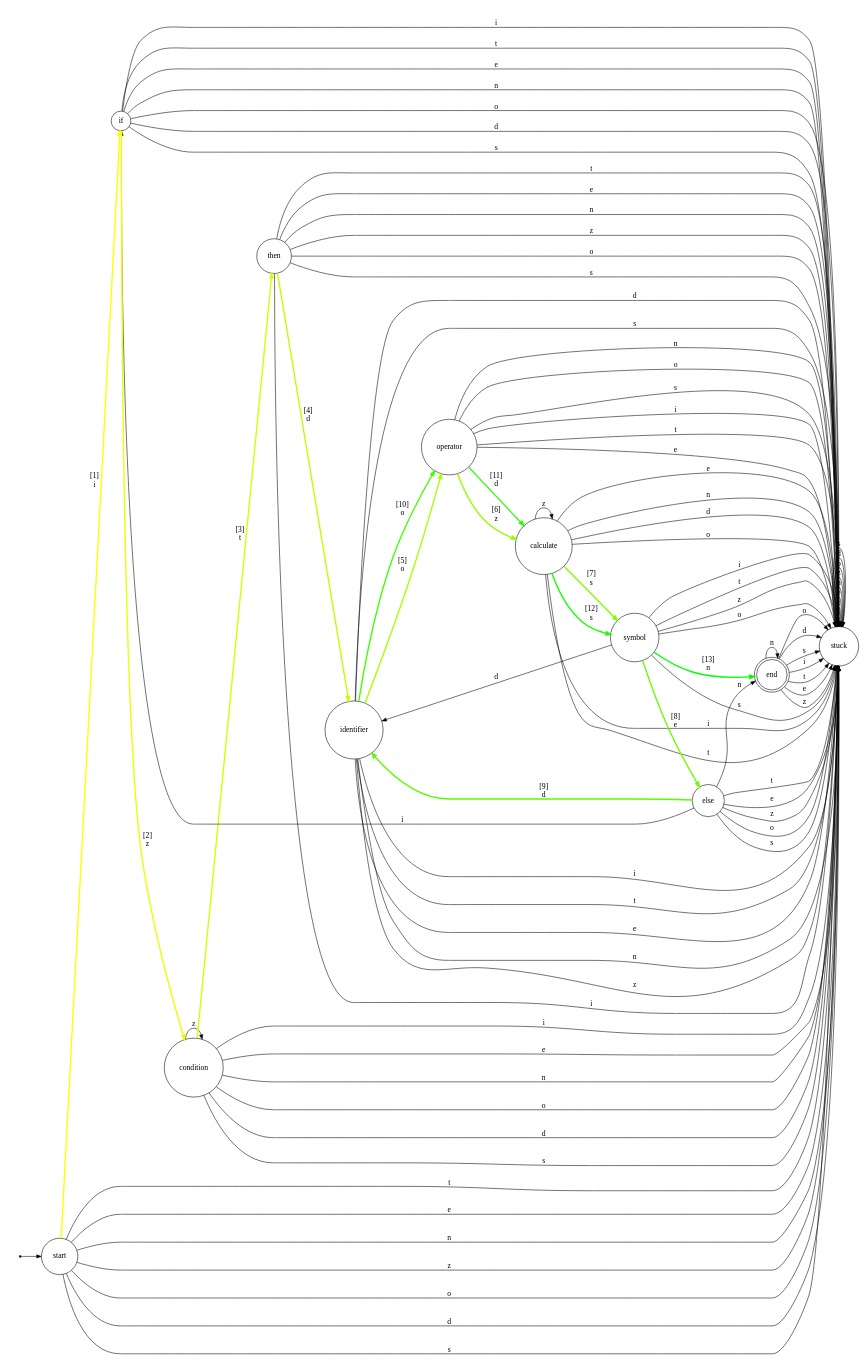
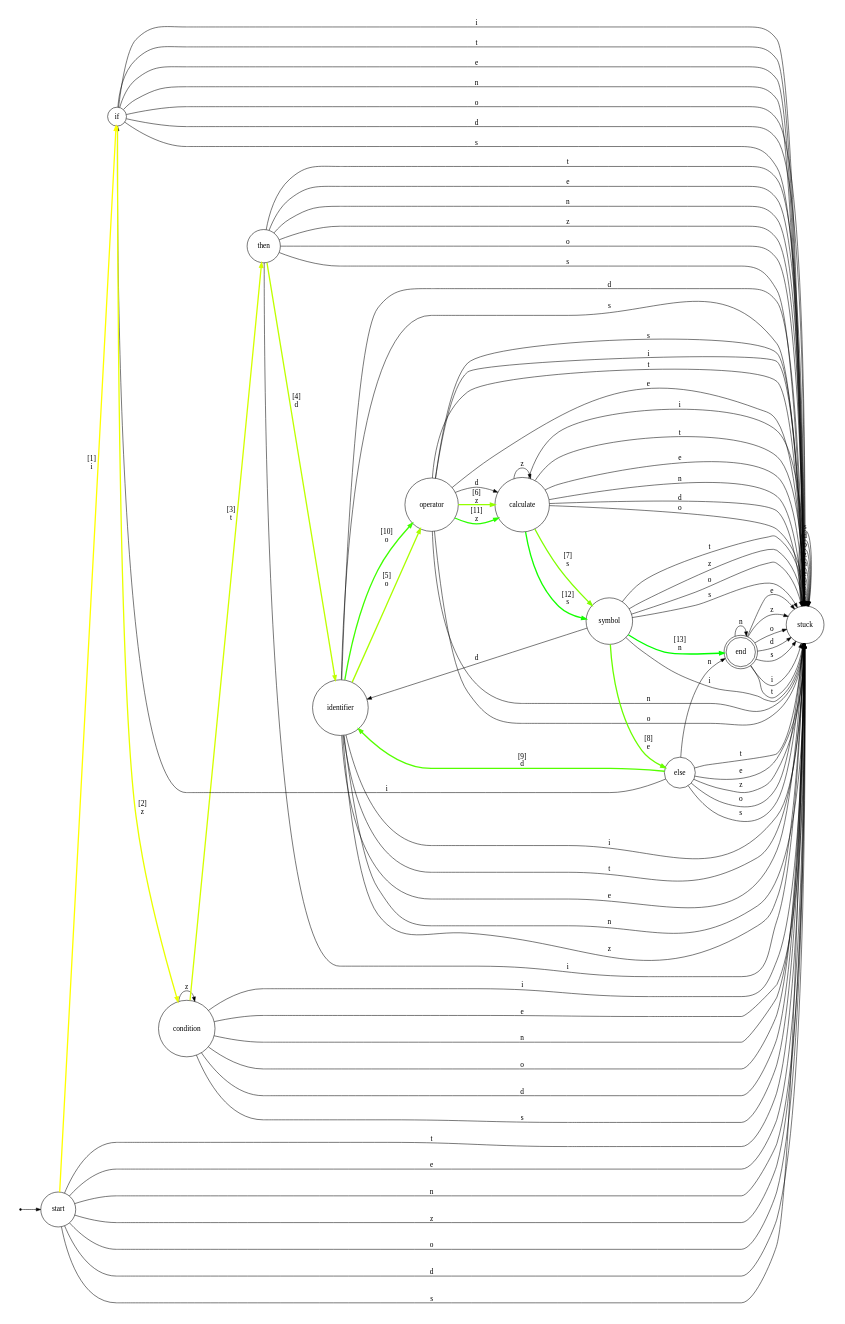
One commit to MohamadAbdelmoniem/Compiler-Spring-2022 changed the diagram in Source/Code/Digraph.gv. Above: the diagram before and after it, drawn with Graphviz. The commit also changed 2 other files, not shown here.

```diff
--- a/Source/Code/Digraph.gv
+++ b/Source/Code/Digraph.gv
@@ -1,120 +1,121 @@
 digraph {
 	ranksep=0.5 size="8, 8"
 	rankdir=LR
 	Initial [label="" fontsize=14.0 shape=point]
 	calculate [fontsize=14.0 shape=circle]
 	condition [fontsize=14.0 shape=circle]
 	else [fontsize=14.0 shape=circle]
 	end [fontsize=14.0 shape=doublecircle]
 	identifier [fontsize=14.0 shape=circle]
 	if [fontsize=14.0 shape=circle]
 	operator [fontsize=14.0 shape=circle]
 	start [fontsize=14.0 shape=circle]
 	stuck [fontsize=14.0 shape=circle]
 	symbol [fontsize=14.0 shape=circle]
 	then [fontsize=14.0 shape=circle]
 	Initial -> start [arrowsize=0.85]
 	start -> if [label=" [1]
 i " arrowsize=0.85 color="#ffff00" fontsize=14.0 penwidth=2.5]
 	if -> condition [label=" [2]
 z " arrowsize=0.85 color="#eaff00" fontsize=14.0 penwidth=2.5]
 	condition -> then [label=" [3]
 t " arrowsize=0.85 color="#d5ff00" fontsize=14.0 penwidth=2.5]
 	then -> identifier [label=" [4]
 d " arrowsize=0.85 color="#bfff00" fontsize=14.0 penwidth=2.5]
 	identifier -> operator [label=" [5]
 o " arrowsize=0.85 color="#aaff00" fontsize=14.0 penwidth=2.5]
 	operator -> calculate [label=" [6]
 z " arrowsize=0.85 color="#95ff00" fontsize=14.0 penwidth=2.5]
 	calculate -> symbol [label=" [7]
 s " arrowsize=0.85 color="#80ff00" fontsize=14.0 penwidth=2.5]
 	symbol -> else [label=" [8]
 e " arrowsize=0.85 color="#6aff00" fontsize=14.0 penwidth=2.5]
 	else -> identifier [label=" [9]
 d " arrowsize=0.85 color="#55ff00" fontsize=14.0 penwidth=2.5]
 	identifier -> operator [label=" [10]
 o " arrowsize=0.85 color="#40ff00" fontsize=14.0 penwidth=2.5]
 	operator -> calculate [label=" [11]
-d " arrowsize=0.85 color="#2bff00" fontsize=14.0 penwidth=2.5]
+z " arrowsize=0.85 color="#2bff00" fontsize=14.0 penwidth=2.5]
 	calculate -> symbol [label=" [12]
 s " arrowsize=0.85 color="#15ff00" fontsize=14.0 penwidth=2.5]
 	symbol -> end [label=" [13]
 n " arrowsize=0.85 color="#00ff00" fontsize=14.0 penwidth=2.5]
 	start -> stuck [label=" t " arrowsize=0.85 fontsize=14.0]
 	start -> stuck [label=" e " arrowsize=0.85 fontsize=14.0]
 	start -> stuck [label=" n " arrowsize=0.85 fontsize=14.0]
 	start -> stuck [label=" z " arrowsize=0.85 fontsize=14.0]
 	start -> stuck [label=" o " arrowsize=0.85 fontsize=14.0]
 	start -> stuck [label=" d " arrowsize=0.85 fontsize=14.0]
 	start -> stuck [label=" s " arrowsize=0.85 fontsize=14.0]
 	if -> stuck [label=" i " arrowsize=0.85 fontsize=14.0]
 	if -> stuck [label=" t " arrowsize=0.85 fontsize=14.0]
 	if -> stuck [label=" e " arrowsize=0.85 fontsize=14.0]
 	if -> stuck [label=" n " arrowsize=0.85 fontsize=14.0]
 	if -> stuck [label=" o " arrowsize=0.85 fontsize=14.0]
 	if -> stuck [label=" d " arrowsize=0.85 fontsize=14.0]
 	if -> stuck [label=" s " arrowsize=0.85 fontsize=14.0]
 	then -> stuck [label=" i " arrowsize=0.85 fontsize=14.0]
 	then -> stuck [label=" t " arrowsize=0.85 fontsize=14.0]
 	then -> stuck [label=" e " arrowsize=0.85 fontsize=14.0]
 	then -> stuck [label=" n " arrowsize=0.85 fontsize=14.0]
 	then -> stuck [label=" z " arrowsize=0.85 fontsize=14.0]
 	then -> stuck [label=" o " arrowsize=0.85 fontsize=14.0]
 	then -> stuck [label=" s " arrowsize=0.85 fontsize=14.0]
 	else -> if [label=" i " arrowsize=0.85 fontsize=14.0]
 	else -> stuck [label=" t " arrowsize=0.85 fontsize=14.0]
 	else -> stuck [label=" e " arrowsize=0.85 fontsize=14.0]
 	else -> end [label=" n " arrowsize=0.85 fontsize=14.0]
 	else -> stuck [label=" z " arrowsize=0.85 fontsize=14.0]
 	else -> stuck [label=" o " arrowsize=0.85 fontsize=14.0]
 	else -> stuck [label=" s " arrowsize=0.85 fontsize=14.0]
 	end -> stuck [label=" i " arrowsize=0.85 fontsize=14.0]
 	end -> stuck [label=" t " arrowsize=0.85 fontsize=14.0]
 	end -> stuck [label=" e " arrowsize=0.85 fontsize=14.0]
 	end -> end [label=" n " arrowsize=0.85 fontsize=14.0]
 	end -> stuck [label=" z " arrowsize=0.85 fontsize=14.0]
 	end -> stuck [label=" o " arrowsize=0.85 fontsize=14.0]
 	end -> stuck [label=" d " arrowsize=0.85 fontsize=14.0]
 	end -> stuck [label=" s " arrowsize=0.85 fontsize=14.0]
 	stuck -> stuck [label=" i " arrowsize=0.85 fontsize=14.0]
 	stuck -> stuck [label=" t " arrowsize=0.85 fontsize=14.0]
 	stuck -> stuck [label=" e " arrowsize=0.85 fontsize=14.0]
 	stuck -> stuck [label=" n " arrowsize=0.85 fontsize=14.0]
 	stuck -> stuck [label=" z " arrowsize=0.85 fontsize=14.0]
 	stuck -> stuck [label=" o " arrowsize=0.85 fontsize=14.0]
 	stuck -> stuck [label=" d " arrowsize=0.85 fontsize=14.0]
 	stuck -> stuck [label=" s " arrowsize=0.85 fontsize=14.0]
 	condition -> stuck [label=" i " arrowsize=0.85 fontsize=14.0]
 	condition -> condition [label=" z " arrowsize=0.85 fontsize=14.0]
 	condition -> stuck [label=" e " arrowsize=0.85 fontsize=14.0]
 	condition -> stuck [label=" n " arrowsize=0.85 fontsize=14.0]
 	condition -> stuck [label=" o " arrowsize=0.85 fontsize=14.0]
 	condition -> stuck [label=" d " arrowsize=0.85 fontsize=14.0]
 	condition -> stuck [label=" s " arrowsize=0.85 fontsize=14.0]
 	identifier -> stuck [label=" i " arrowsize=0.85 fontsize=14.0]
 	identifier -> stuck [label=" t " arrowsize=0.85 fontsize=14.0]
 	identifier -> stuck [label=" e " arrowsize=0.85 fontsize=14.0]
 	identifier -> stuck [label=" n " arrowsize=0.85 fontsize=14.0]
 	identifier -> stuck [label=" z " arrowsize=0.85 fontsize=14.0]
 	identifier -> stuck [label=" d " arrowsize=0.85 fontsize=14.0]
 	identifier -> stuck [label=" s " arrowsize=0.85 fontsize=14.0]
 	operator -> stuck [label=" i " arrowsize=0.85 fontsize=14.0]
 	operator -> stuck [label=" t " arrowsize=0.85 fontsize=14.0]
 	operator -> stuck [label=" e " arrowsize=0.85 fontsize=14.0]
 	operator -> stuck [label=" n " arrowsize=0.85 fontsize=14.0]
+	operator -> calculate [label=" d " arrowsize=0.85 fontsize=14.0]
 	operator -> stuck [label=" o " arrowsize=0.85 fontsize=14.0]
 	operator -> stuck [label=" s " arrowsize=0.85 fontsize=14.0]
 	calculate -> stuck [label=" i " arrowsize=0.85 fontsize=14.0]
 	calculate -> stuck [label=" t " arrowsize=0.85 fontsize=14.0]
 	calculate -> stuck [label=" e " arrowsize=0.85 fontsize=14.0]
 	calculate -> stuck [label=" n " arrowsize=0.85 fontsize=14.0]
 	calculate -> calculate [label=" z " arrowsize=0.85 fontsize=14.0]
 	calculate -> stuck [label=" d " arrowsize=0.85 fontsize=14.0]
 	calculate -> stuck [label=" o " arrowsize=0.85 fontsize=14.0]
 	symbol -> stuck [label=" i " arrowsize=0.85 fontsize=14.0]
 	symbol -> stuck [label=" t " arrowsize=0.85 fontsize=14.0]
 	symbol -> stuck [label=" z " arrowsize=0.85 fontsize=14.0]
 	symbol -> identifier [label=" d " arrowsize=0.85 fontsize=14.0]
 	symbol -> stuck [label=" o " arrowsize=0.85 fontsize=14.0]
 	symbol -> stuck [label=" s " arrowsize=0.85 fontsize=14.0]
 }
```
